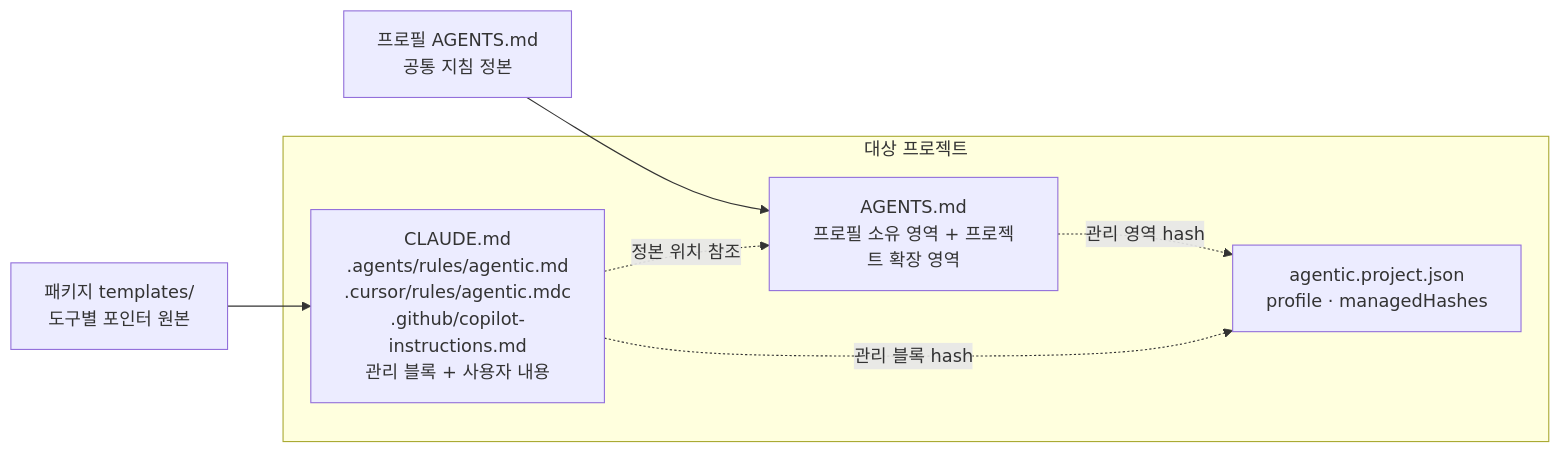
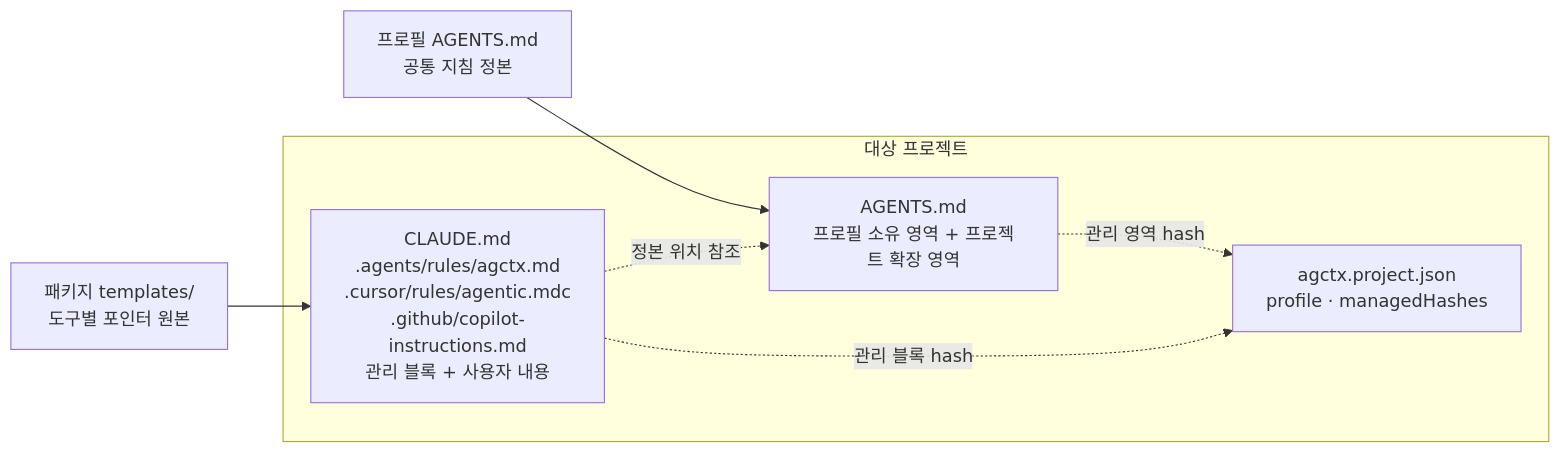
Before and after one commit to IsthisLee/agent-context-manager: the diagram in docs/discussion/architecture/topics/agent-sync.md, drawn with Mermaid. The commit also changed other lines of this file and 73 other files, not shown here.

````diff
--- a/docs/discussion/architecture/topics/agent-sync.md
+++ b/docs/discussion/architecture/topics/agent-sync.md
@@ -37,13 +37,13 @@
 ```mermaid
 flowchart LR
   PA["프로필 AGENTS.md<br/>공통 지침 정본"] --> PJA
   T["패키지 templates/<br/>도구별 포인터 원본"] --> ADP
   subgraph P["대상 프로젝트"]
     PJA["AGENTS.md<br/>프로필 소유 영역 + 프로젝트 확장 영역"]
-    ADP["CLAUDE.md<br/>.agents/rules/agentic.md<br/>.cursor/rules/agentic.mdc<br/>.github/copilot-instructions.md<br/>관리 블록 + 사용자 내용"]
-    META["agentic.project.json<br/>profile · managedHashes"]
+    ADP["CLAUDE.md<br/>.agents/rules/agctx.md<br/>.cursor/rules/agentic.mdc<br/>.github/copilot-instructions.md<br/>관리 블록 + 사용자 내용"]
+    META["agctx.project.json<br/>profile · managedHashes"]
   end
   ADP -.->|정본 위치 참조| PJA
   PJA -.->|관리 영역 hash| META
   ADP -.->|관리 블록 hash| META
 ```
````
